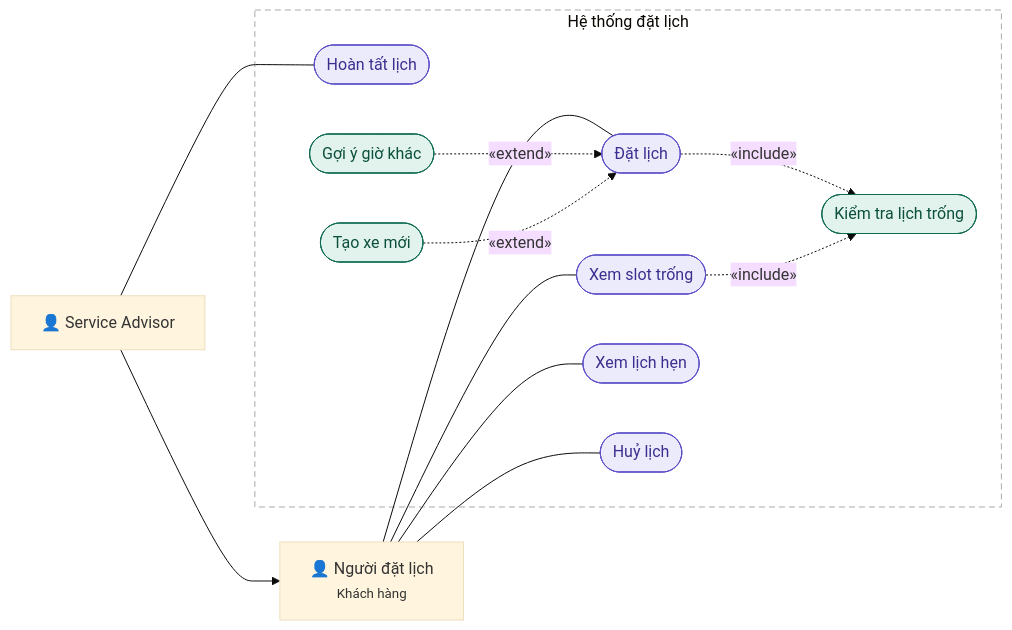
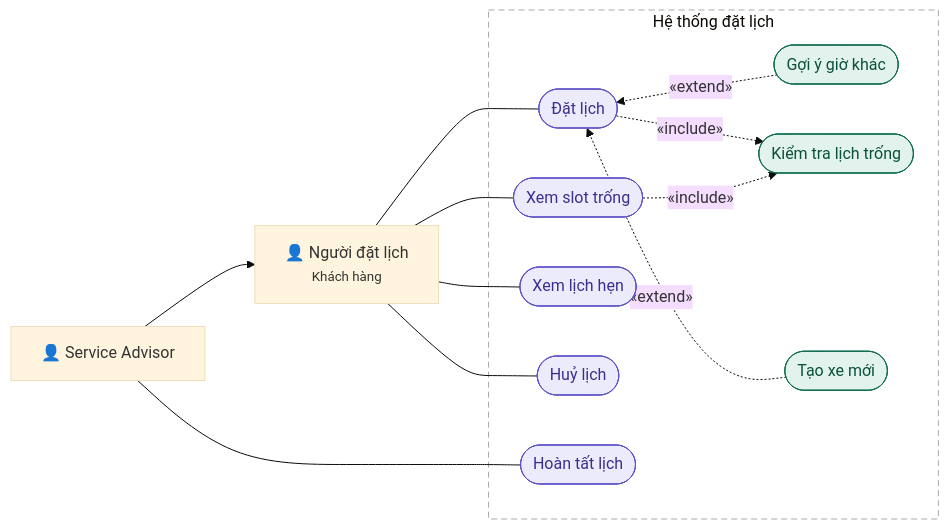
The diagram in Docs/System-design.md (THKhai/dealership-service-scheduler), drawn with Mermaid (base theme) before and after one commit.

Commit message:
Tweak use case diagram layout

````diff
--- a/Docs/System-design.md
+++ b/Docs/System-design.md
@@ -5,35 +5,39 @@
 ```mermaid
 flowchart LR
     advisor["👤 Service Advisor"]
     booker["👤 Người đặt lịch<br/><small>Khách hàng</small>"]
 
     subgraph system["Hệ thống đặt lịch"]
         datLich(["Đặt lịch"])
         xemSlot(["Xem slot trống"])
         xemLich(["Xem lịch hẹn"])
         huyLich(["Huỷ lịch"])
         hoanTat(["Hoàn tất lịch"])
         goiY(["Gợi ý giờ khác"])
         kiemTra(["Kiểm tra lịch trống"])
         taoXe(["Tạo xe mới"])
     end
 
     advisor --> booker
-    advisor --- hoanTat
+    advisor ---- hoanTat
 
     booker --- datLich
     booker --- xemSlot
     booker --- xemLich
     booker --- huyLich
+
+    %% Invisible links keep the «extend» use cases to the right of Đặt lịch
+    datLich ~~~ goiY
+    datLich ~~~ taoXe
 
     datLich -.->|"«include»"| kiemTra
     xemSlot -.->|"«include»"| kiemTra
     goiY -.->|"«extend»"| datLich
     taoXe -.->|"«extend»"| datLich
 
     classDef primary fill:#ECEBFB,stroke:#5B4FC7,color:#3A2F8F
     classDef secondary fill:#E1F3EC,stroke:#0F6B52,color:#0B4F3C
     class datLich,xemSlot,xemLich,huyLich,hoanTat primary
     class goiY,kiemTra,taoXe secondary
     style system fill:none,stroke:#AAAAAA,stroke-dasharray:6 4
 ```
````
